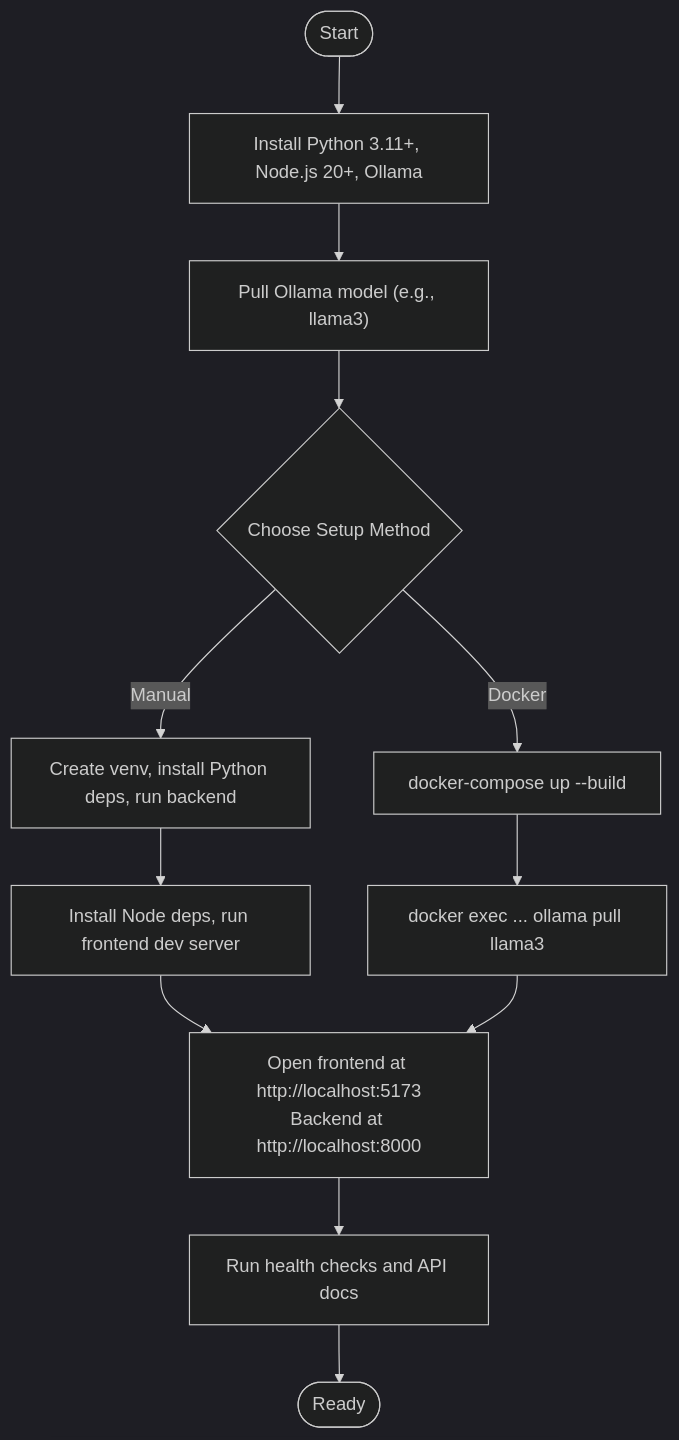
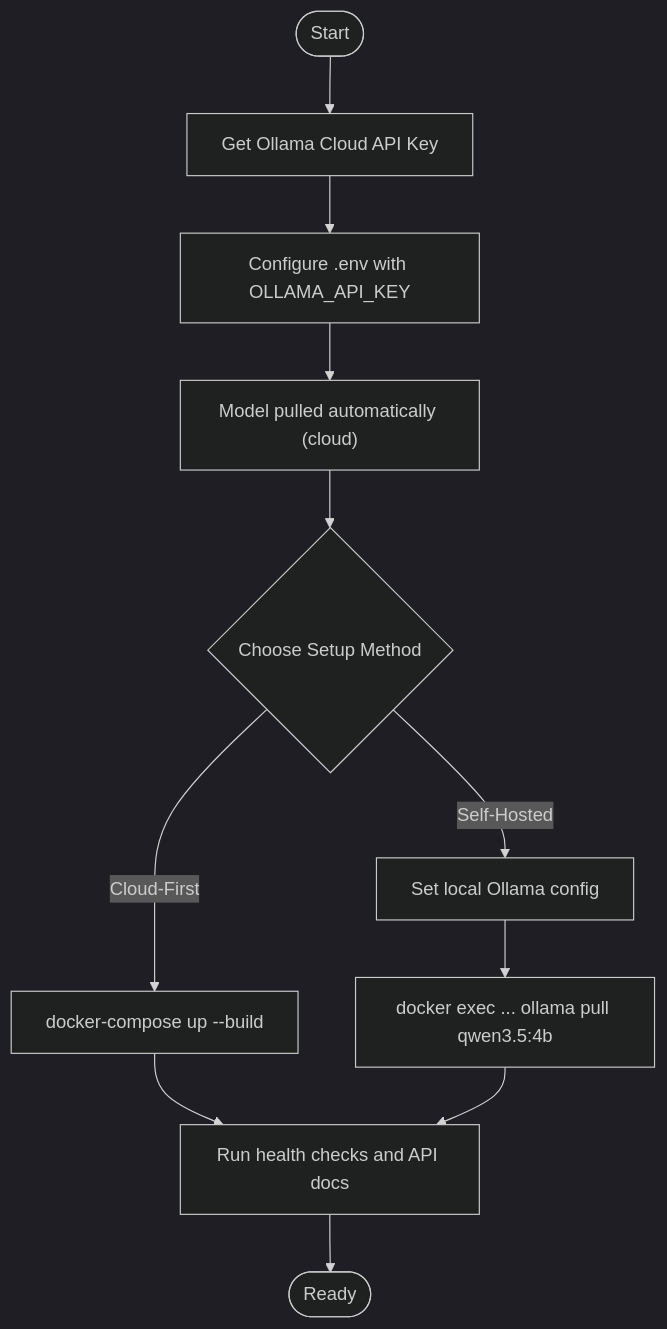
One commit to Revanththetalogics/aireume changed the diagram in .qoder/repowiki/en/content/Getting Started.md. Above: the diagram before and after it, drawn with Mermaid (dark theme). The commit also changed other lines of this file and 11 other files, not shown here.

````diff
--- a/.qoder/repowiki/en/content/Getting Started.md
+++ b/.qoder/repowiki/en/content/Getting Started.md
@@ -166,14 +184,13 @@
 ```mermaid
 flowchart TD
-Start(["Start"]) --> InstallPrereqs["Install Python 3.11+, Node.js 20+, Ollama"]
-InstallPrereqs --> PullModel["Pull Ollama model (e.g., llama3)"]
-PullModel --> ManualOrDocker{"Choose Setup Method"}
-ManualOrDocker --> |Manual| BackendSetup["Create venv, install Python deps, run backend"]
-ManualOrDocker --> |Docker| DockerUp["docker-compose up --build"]
-BackendSetup --> FrontendSetup["Install Node deps, run frontend dev server"]
-DockerUp --> PullModelInContainer["docker exec ... ollama pull llama3"]
-FrontendSetup --> AccessApp["Open frontend at http://localhost:5173<br/>Backend at http://localhost:8000"]
-PullModelInContainer --> AccessApp
-AccessApp --> Verify["Run health checks and API docs"]
+Start(["Start"]) --> GetAPIKey["Get Ollama Cloud API Key"]
+GetAPIKey --> ConfigureEnv["Configure .env with OLLAMA_API_KEY"]
+ConfigureEnv --> PullModel["Model pulled automatically (cloud)"]
+PullModel --> ChooseSetup{"Choose Setup Method"}
+ChooseSetup --> |Cloud-First| DockerCompose["docker-compose up --build"]
+ChooseSetup --> |Self-Hosted| LocalOllama["Set local Ollama config"]
+LocalOllama --> PullLocalModel["docker exec ... ollama pull qwen3.5:4b"]
+DockerCompose --> Verify["Run health checks and API docs"]
+PullLocalModel --> Verify
 Verify --> End(["Ready"])
 ```
````
